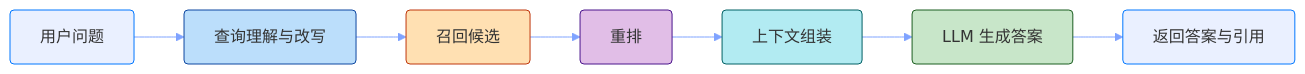
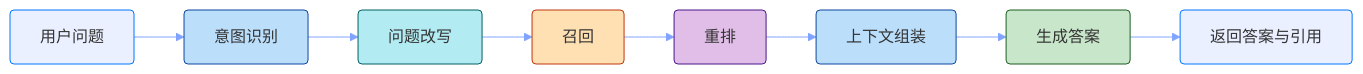
One commit to youngluo/thinking changed the third of 3 diagrams in apps/docs/experiences/Agent/RAG.md. Above: the diagram before and after it, drawn with Mermaid. The commit also changed other lines of this file and 15 other files, not shown here.

````diff
--- a/apps/docs/experiences/Agent/RAG.md
+++ b/apps/docs/experiences/Agent/RAG.md
@@ -272,18 +213,20 @@
 ```mermaid
 %%{init: {'themeVariables': {'lineColor': '#7fa3ff'}}}%%
 flowchart LR
-    A[用户问题] --> B[查询理解与改写]
-    B --> C[召回候选]
-    C --> D[重排]
-    D --> E[上下文组装]
-    E --> F[LLM 生成答案]
-    F --> G[返回答案与引用]
+    A[用户问题] --> B[意图识别]
+    B --> C[问题改写]
+    C --> D[召回]
+    D --> E[重排]
+    E --> F[上下文组装]
+    F --> G[生成答案]
+    G --> H[返回答案与引用]
 
     style A fill:#7fa3ff29,stroke:#07f,stroke-width:1px,rx:4,ry:4
     style B fill:#bbdefb,stroke:#0d47a1,stroke-width:1px,rx:4,ry:4
-    style C fill:#ffe0b2,stroke:#bf360c,stroke-width:1px,rx:4,ry:4
-    style D fill:#e1bee7,stroke:#4a148c,stroke-width:1px,rx:4,ry:4
-    style E fill:#b2ebf2,stroke:#006064,stroke-width:1px,rx:4,ry:4
-    style F fill:#c8e6c9,stroke:#1b5e20,stroke-width:1px,rx:4,ry:4
-    style G fill:#7fa3ff29,stroke:#07f,stroke-width:1px,rx:4,ry:4
+    style C fill:#b2ebf2,stroke:#006064,stroke-width:1px,rx:4,ry:4
+    style D fill:#ffe0b2,stroke:#bf360c,stroke-width:1px,rx:4,ry:4
+    style E fill:#e1bee7,stroke:#4a148c,stroke-width:1px,rx:4,ry:4
+    style F fill:#bbdefb,stroke:#0d47a1,stroke-width:1px,rx:4,ry:4
+    style G fill:#c8e6c9,stroke:#1b5e20,stroke-width:1px,rx:4,ry:4
+    style H fill:#7fa3ff29,stroke:#07f,stroke-width:1px,rx:4,ry:4
 ```
````
